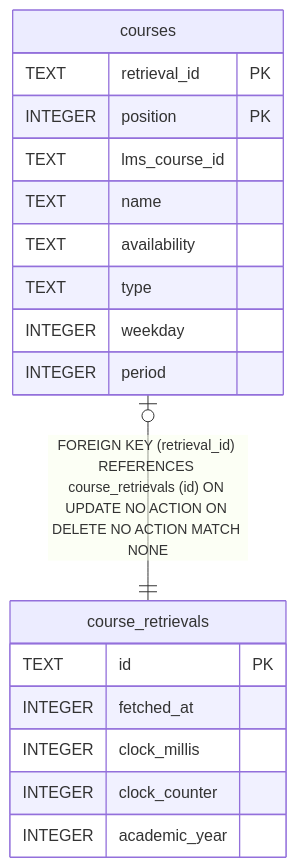
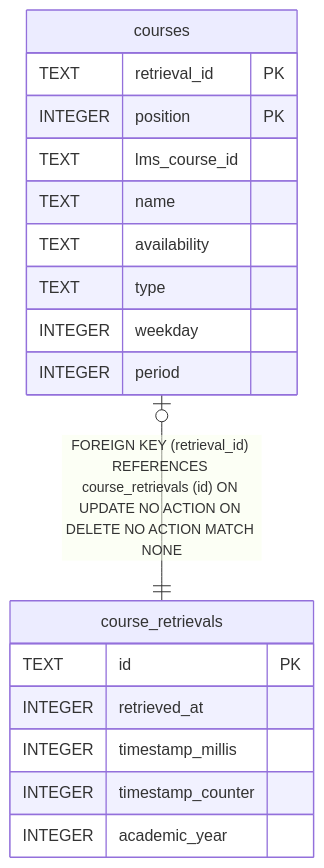
The diagram in docs/db/courses.md (futsuuu/ku-potato), drawn with Mermaid before and after one commit. The commit also changed 57 other files, not shown here.

````diff
--- a/docs/db/courses.md
+++ b/docs/db/courses.md
@@ -66,23 +66,23 @@
 ```mermaid
 erDiagram
 
 "courses" |o--|| "course_retrievals" : "FOREIGN KEY (retrieval_id) REFERENCES course_retrievals (id) ON UPDATE NO ACTION ON DELETE NO ACTION MATCH NONE"
 
 "courses" {
   TEXT retrieval_id PK
   INTEGER position PK
   TEXT lms_course_id
   TEXT name
   TEXT availability
   TEXT type
   INTEGER weekday
   INTEGER period
 }
 "course_retrievals" {
   TEXT id PK
-  INTEGER fetched_at
-  INTEGER clock_millis
-  INTEGER clock_counter
+  INTEGER retrieved_at
+  INTEGER timestamp_millis
+  INTEGER timestamp_counter
   INTEGER academic_year
 }
 ```
````
